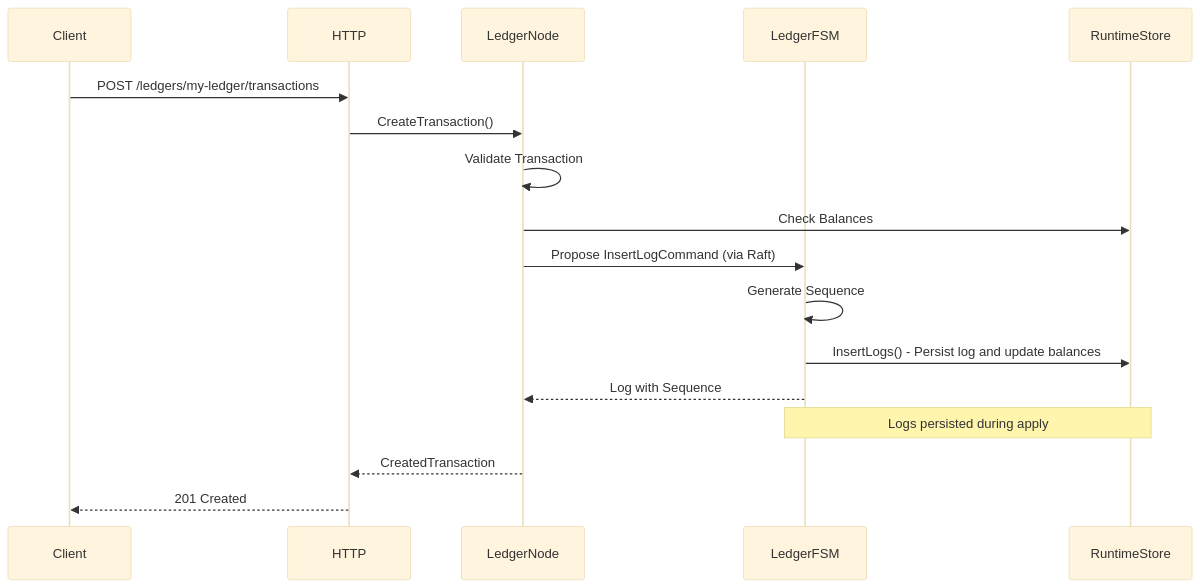
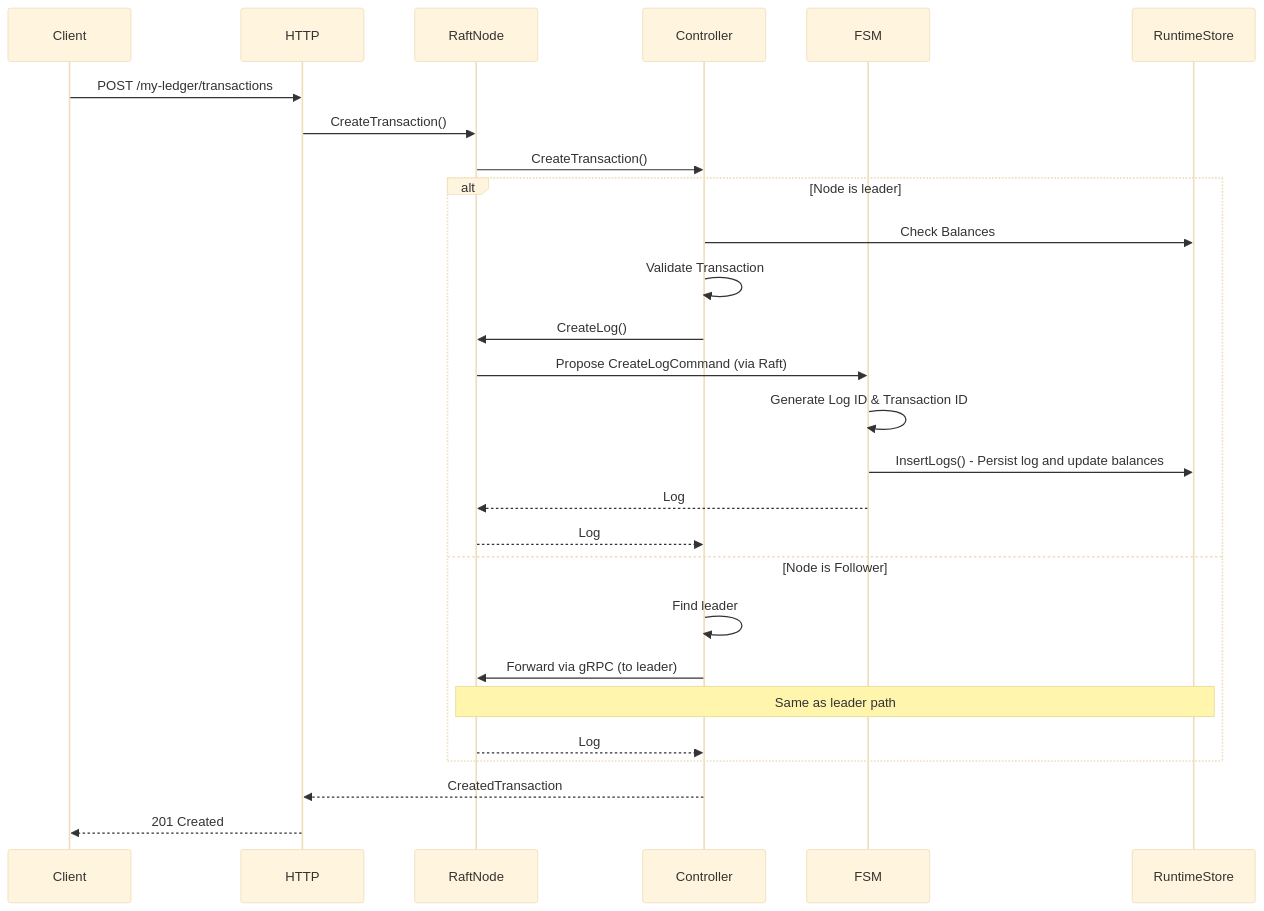
The third of 4 diagrams in docs/buckets-ledgers.md (formancehq/ledger), drawn with Mermaid (base theme) before and after one commit. The commit also changed other lines of this file and 41 other files, not shown here.

````diff
--- a/docs/buckets-ledgers.md
+++ b/docs/buckets-ledgers.md
@@ -184,20 +168,32 @@
 ```mermaid
 sequenceDiagram
     participant Client
     participant HTTP
-    participant LedgerNode
-    participant LedgerFSM
+    participant RaftNode
+    participant Controller
+    participant FSM
     participant RuntimeStore
     
-    Client->>HTTP: POST /ledgers/my-ledger/transactions
-    HTTP->>LedgerNode: CreateTransaction()
-    LedgerNode->>LedgerNode: Validate Transaction
-    LedgerNode->>RuntimeStore: Check Balances
-    LedgerNode->>LedgerFSM: Propose InsertLogCommand (via Raft)
-    LedgerFSM->>LedgerFSM: Generate Sequence
-    LedgerFSM->>RuntimeStore: InsertLogs() - Persist log and update balances
-    LedgerFSM-->>LedgerNode: Log with Sequence
-    Note over LedgerFSM,RuntimeStore: Logs persisted during apply
-    LedgerNode-->>HTTP: CreatedTransaction
+    Client->>HTTP: POST /my-ledger/transactions
+    HTTP->>RaftNode: CreateTransaction()
+    RaftNode->>Controller: CreateTransaction()
+    
+    alt Node is leader
+        Controller->>RuntimeStore: Check Balances
+        Controller->>Controller: Validate Transaction
+        Controller->>RaftNode: CreateLog()
+        RaftNode->>FSM: Propose CreateLogCommand (via Raft)
+        FSM->>FSM: Generate Log ID & Transaction ID
+        FSM->>RuntimeStore: InsertLogs() - Persist log and update balances
+        FSM-->>RaftNode: Log
+        RaftNode-->>Controller: Log
+    else Node is Follower
+        Controller->>Controller: Find leader
+        Controller->>RaftNode: Forward via gRPC (to leader)
+        Note over RaftNode,RuntimeStore: Same as leader path
+        RaftNode-->>Controller: Log
+    end
+    
+    Controller-->>HTTP: CreatedTransaction
     HTTP-->>Client: 201 Created
 ```
````
